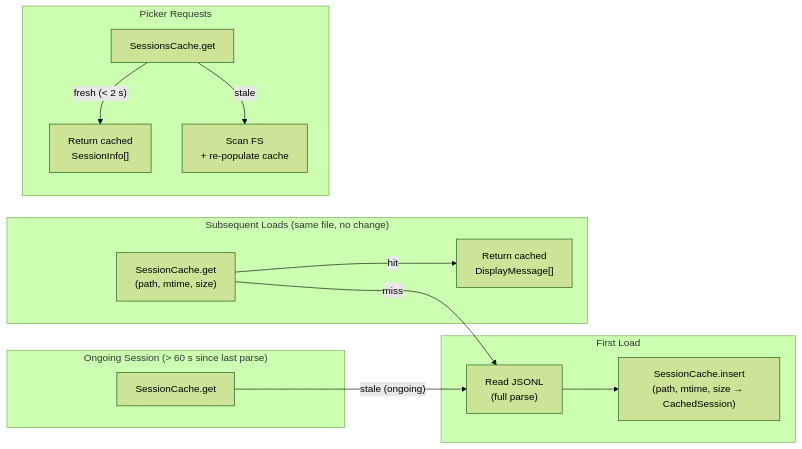
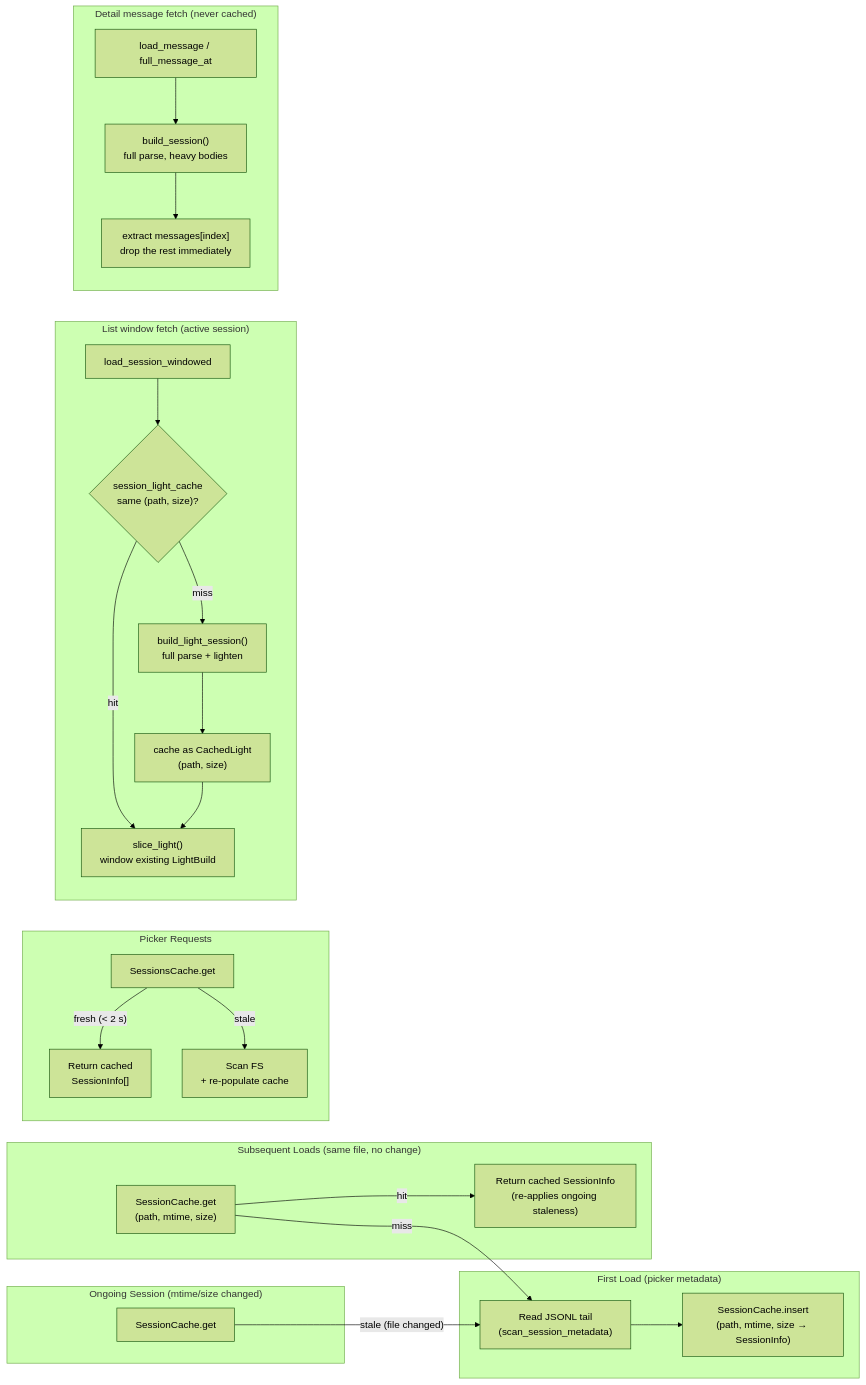
Before and after one commit to delexw/claude-code-trace: the eighth of 10 diagrams in specs/08-session-lifecycle.md, drawn with Mermaid (forest theme). The commit also changed other lines of this file and 35 other files, not shown here.

First line of the commit message:
perf: virtualize message list and fix session-view memory growth (#182)

````diff
--- a/specs/08-session-lifecycle.md
+++ b/specs/08-session-lifecycle.md
@@ -169,23 +247,36 @@
 ```mermaid
 flowchart LR
-    subgraph First_Load["First Load"]
-        L1["Read JSONL\n(full parse)"]
-        L1 --> CACHE["SessionCache.insert\n(path, mtime, size → CachedSession)"]
+    subgraph First_Load["First Load (picker metadata)"]
+        L1["Read JSONL tail\n(scan_session_metadata)"]
+        L1 --> CACHE["SessionCache.insert\n(path, mtime, size → SessionInfo)"]
     end
 
     subgraph Subsequent_Loads["Subsequent Loads (same file, no change)"]
         L2["SessionCache.get\n(path, mtime, size)"]
-        L2 -->|"hit"| CACHED["Return cached\nDisplayMessage[]"]
+        L2 -->|"hit"| CACHED["Return cached SessionInfo\n(re-applies ongoing staleness)"]
         L2 -->|"miss"| L1
     end
 
-    subgraph Ongoing_Session["Ongoing Session (> 60 s since last parse)"]
-        L3["SessionCache.get"] -->|"stale (ongoing)"| L1
+    subgraph Ongoing_Session["Ongoing Session (mtime/size changed)"]
+        L3["SessionCache.get"] -->|"stale (file changed)"| L1
     end
 
     subgraph Picker["Picker Requests"]
         P1["SessionsCache.get"]
         P1 -->|"fresh (< 2 s)"| PCACHED["Return cached\nSessionInfo[]"]
         P1 -->|"stale"| PSCAN["Scan FS\n+ re-populate cache"]
     end
+
+    subgraph List_Window["List window fetch (active session)"]
+        W1["load_session_windowed"] --> W2{"session_light_cache\nsame (path, size)?"}
+        W2 -->|"hit"| W3["slice_light()\nwindow existing LightBuild"]
+        W2 -->|"miss"| W4["build_light_session()\nfull parse + lighten"]
+        W4 --> W5["cache as CachedLight\n(path, size)"]
+        W5 --> W3
+    end
+
+    subgraph Detail_Fetch["Detail message fetch (never cached)"]
+        D1["load_message / full_message_at"] --> D2["build_session()\nfull parse, heavy bodies"]
+        D2 --> D3["extract messages[index]\ndrop the rest immediately"]
+    end
 ```
````
